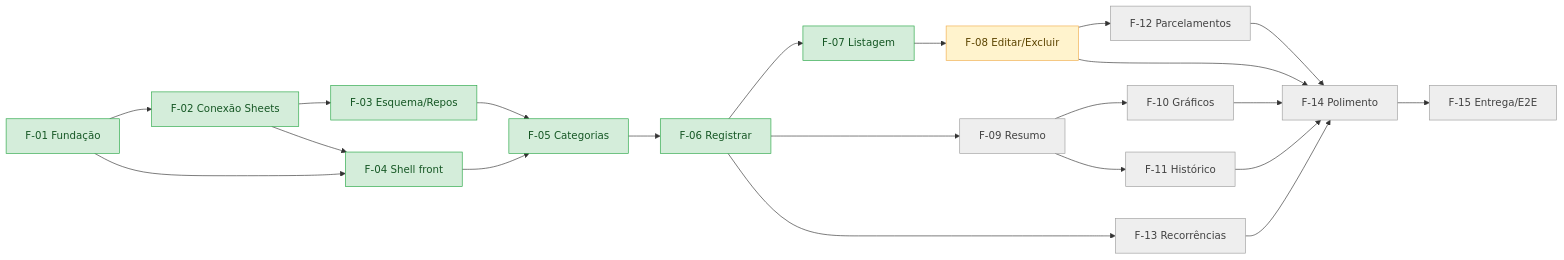
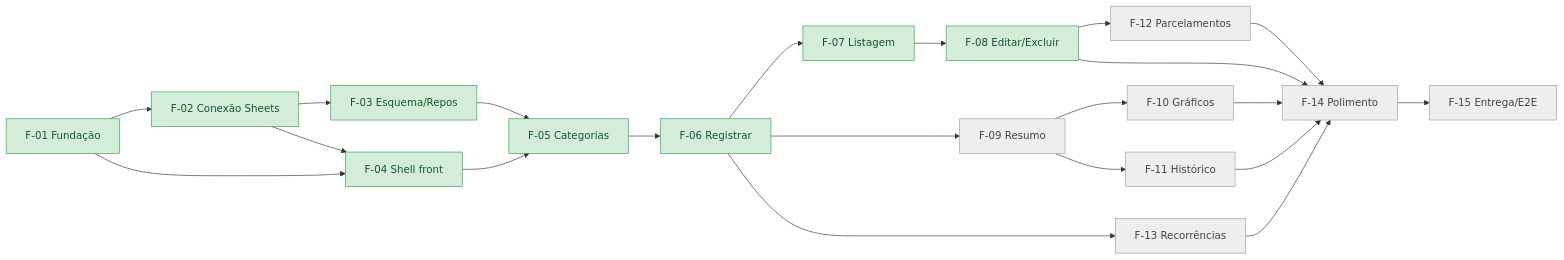
One commit to Pedrohcs/PlanilhaFinanceira changed the diagram in SPECS/05-acompanhamento.md. Above: the diagram before and after it, drawn with Mermaid. The commit also changed other lines of this file and 13 other files, not shown here.

````diff
--- a/SPECS/05-acompanhamento.md
+++ b/SPECS/05-acompanhamento.md
@@ -64,24 +64,23 @@
 ```mermaid
 flowchart LR
     F01[F-01 Fundação] --> F02[F-02 Conexão Sheets] --> F03[F-03 Esquema/Repos]
     F01 --> F04[F-04 Shell front]
     F02 --> F04
     F03 --> F05[F-05 Categorias]
     F04 --> F05
     F05 --> F06[F-06 Registrar]
     F06 --> F07[F-07 Listagem] --> F08[F-08 Editar/Excluir]
     F06 --> F09[F-09 Resumo]
     F09 --> F10[F-10 Gráficos]
     F09 --> F11[F-11 Histórico]
     F08 --> F12[F-12 Parcelamentos]
     F06 --> F13[F-13 Recorrências]
     F08 & F10 & F11 & F12 & F13 --> F14[F-14 Polimento]
     F14 --> F15[F-15 Entrega/E2E]
 
     classDef naoIniciada fill:#eeeeee,stroke:#9e9e9e,color:#424242;
     classDef iniciada fill:#fff3cd,stroke:#f0ad4e,color:#5c4400;
     classDef concluida fill:#d4edda,stroke:#28a745,color:#155724;
     class F09,F10,F11,F12,F13,F14,F15 naoIniciada;
-    class F08 iniciada;
-    class F01,F02,F03,F04,F05,F06,F07 concluida;
+    class F01,F02,F03,F04,F05,F06,F07,F08 concluida;
 ```
````
